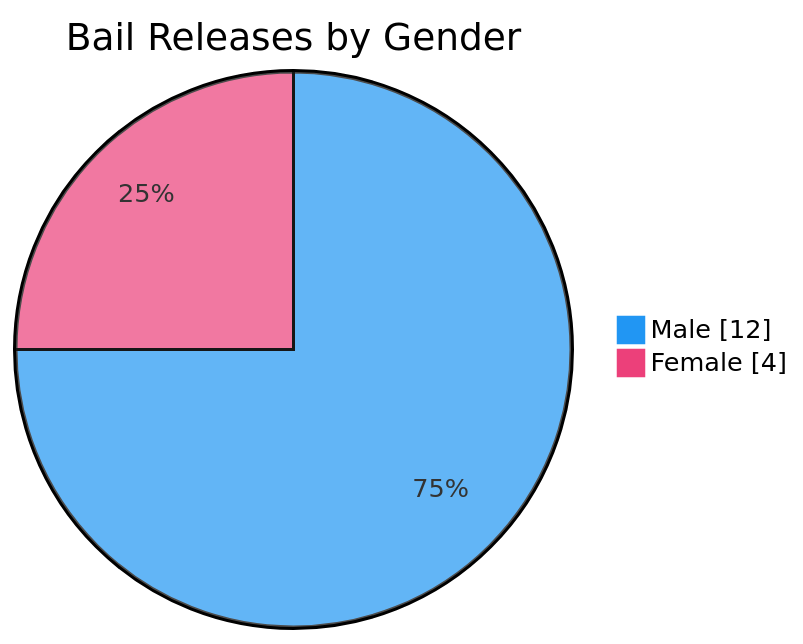
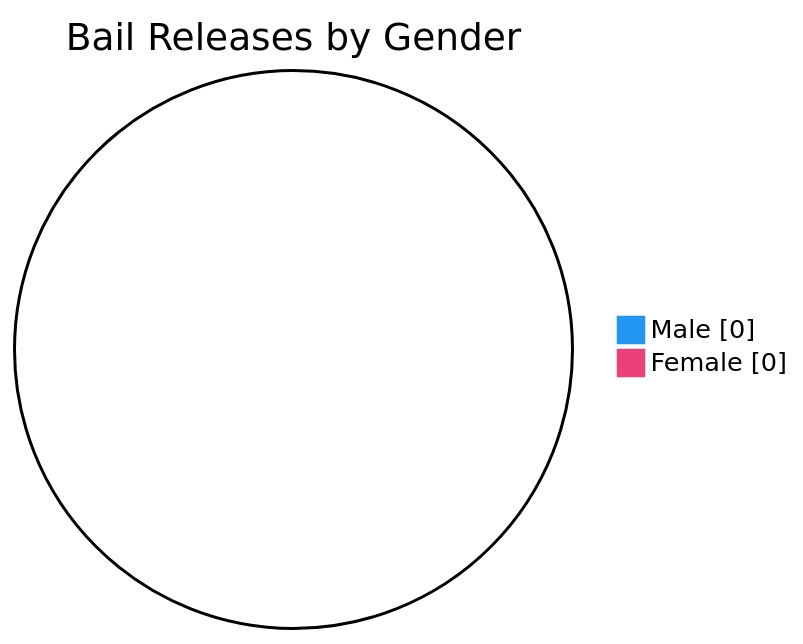
One commit to nuuuwan/lk_prisons changed the seventh of 7 diagrams in README.md. Above: the diagram before and after it, drawn with Mermaid. The commit also changed other lines of this file and 1 other file, not shown here.

````diff
--- a/README.md
+++ b/README.md
@@ -109,6 +109,6 @@
 ```mermaid
 %%{init: {'themeVariables': {'pie1': '#2196F3', 'pie2': '#EC407A'}}}%%
 pie showData title Bail Releases by Gender
-    "Male" : 12
-    "Female" : 4
+    "Male" : 0
+    "Female" : 0
 ```
````
